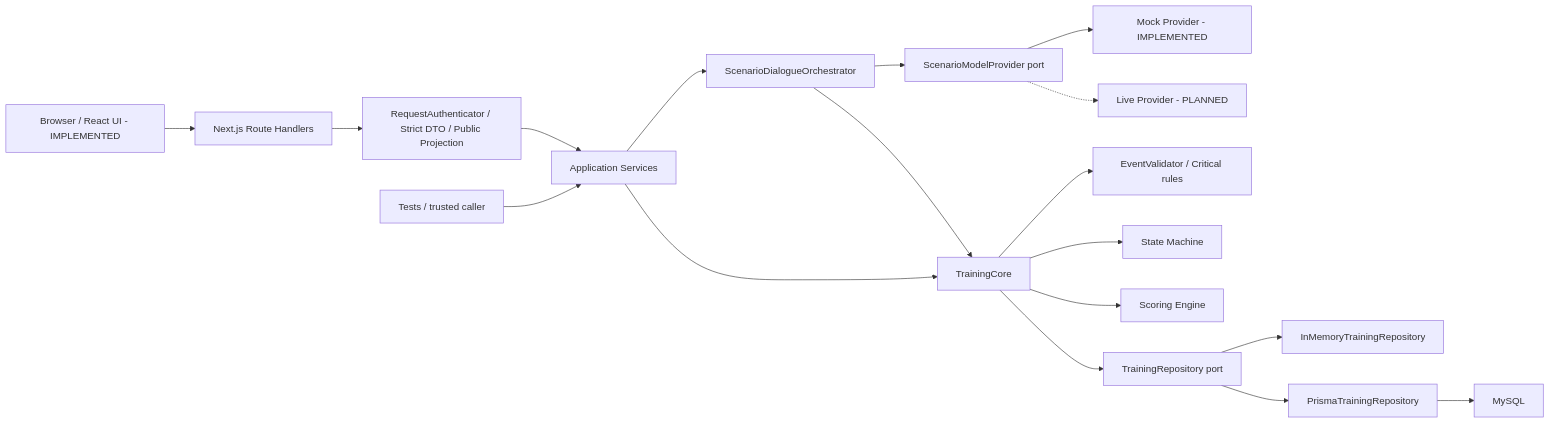
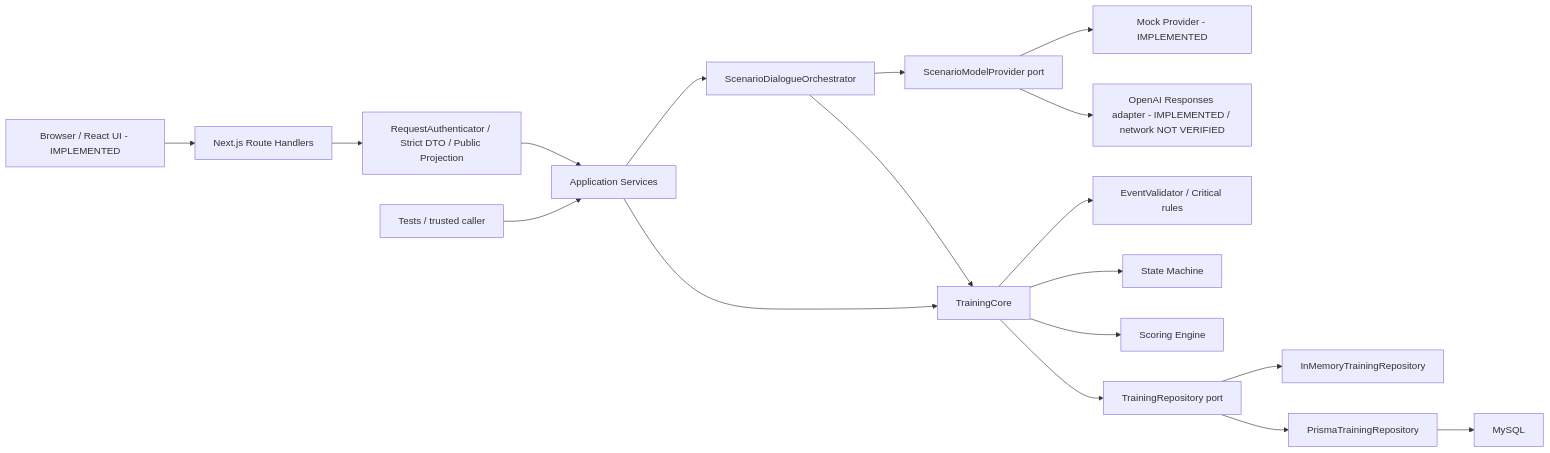
One commit to 9Tanaka/Project_mitjee changed the diagram in docs/architecture.md. Above: the diagram before and after it, drawn with Mermaid. The commit also changed other lines of this file and 32 other files, not shown here.

Commit message:
feat: add live OpenAI dialogue provider

````diff
--- a/docs/architecture.md
+++ b/docs/architecture.md
@@ -47,20 +47,20 @@
 ```mermaid
 flowchart LR
     browser["Browser / React UI - IMPLEMENTED"] --> http["Next.js Route Handlers"]
     http --> auth["RequestAuthenticator / Strict DTO / Public Projection"]
     auth --> entry["Application Services"]
     tests["Tests / trusted caller"] --> entry
     entry --> dialogue["ScenarioDialogueOrchestrator"]
     entry --> core["TrainingCore"]
     dialogue --> provider["ScenarioModelProvider port"]
     provider --> mock["Mock Provider - IMPLEMENTED"]
-    provider -.-> live["Live Provider - PLANNED"]
+    provider --> live["OpenAI Responses adapter - IMPLEMENTED / network NOT VERIFIED"]
     dialogue --> core
     core --> validator["EventValidator / Critical rules"]
     core --> stateMachine["State Machine"]
     core --> scoring["Scoring Engine"]
     core --> repository["TrainingRepository port"]
     repository --> memory["InMemoryTrainingRepository"]
     repository --> prisma["PrismaTrainingRepository"]
     prisma --> mysql["MySQL"]
 ```
````
